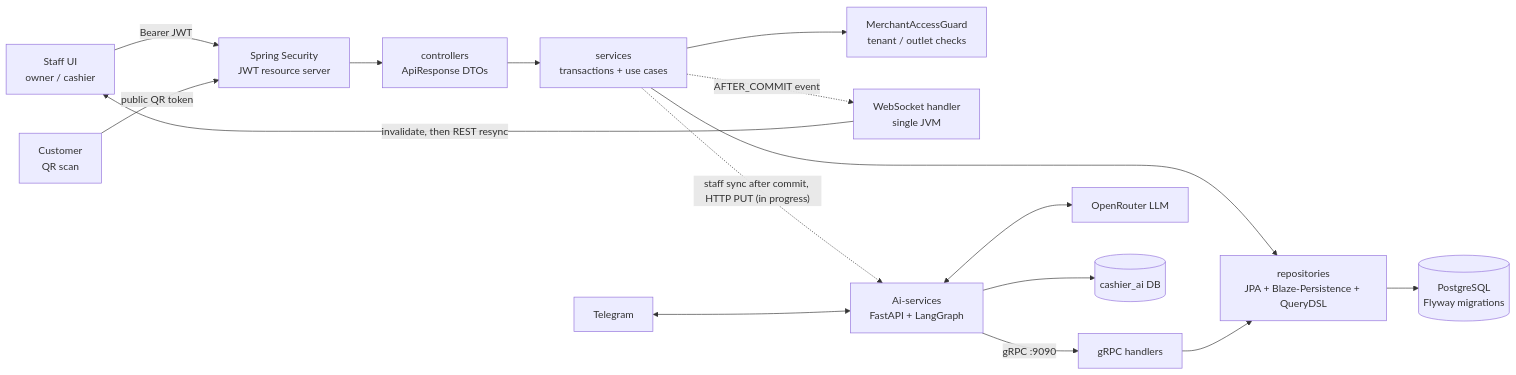
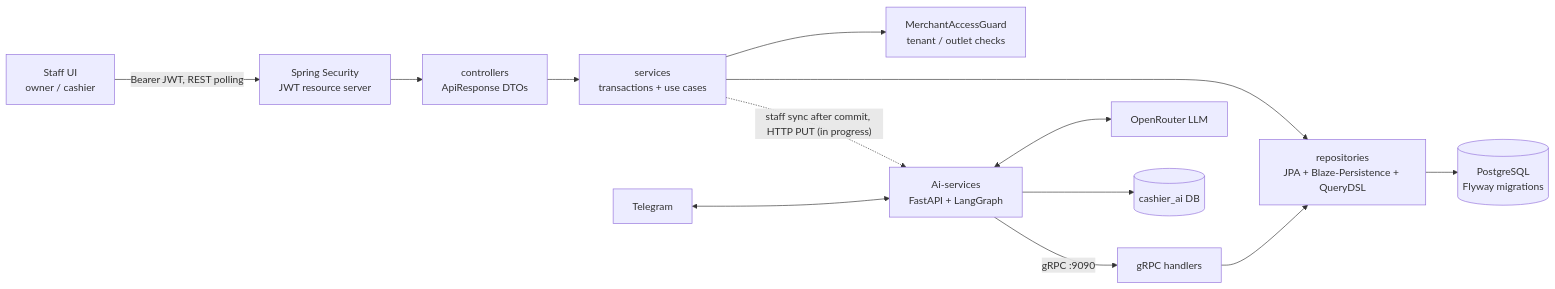
The first of 2 diagrams in README.md (finnn789/cashier-saas), drawn with Mermaid before and after one commit. The commit also changed other lines of this file and 56 other files, not shown here.

````diff
--- a/README.md
+++ b/README.md
@@ -34,18 +30,15 @@
 ```mermaid
 flowchart LR
-    Staff["Staff UI<br/>owner / cashier"] -->|Bearer JWT| Sec
-    Guest["Customer<br/>QR scan"] -->|public QR token| Sec
+    Staff["Staff UI<br/>owner / cashier"] -->|"Bearer JWT, REST polling"| Sec
     Sec["Spring Security<br/>JWT resource server"] --> Ctl["controllers<br/>ApiResponse DTOs"]
     Ctl --> Svc["services<br/>transactions + use cases"]
     Svc --> Guard["MerchantAccessGuard<br/>tenant / outlet checks"]
     Svc --> Repo["repositories<br/>JPA + Blaze-Persistence + QueryDSL"]
     Repo --> DB[("PostgreSQL<br/>Flyway migrations")]
-    Svc -. "AFTER_COMMIT event" .-> WS["WebSocket handler<br/>single JVM"]
-    WS -->|"invalidate, then REST resync"| Staff
     AI["Ai-services<br/>FastAPI + LangGraph"] -->|"gRPC :9090"| GRPC["gRPC handlers"]
     GRPC --> Repo
     Svc -. "staff sync after commit, HTTP PUT (in progress)" .-> AI
     Tg[Telegram] <--> AI
     AI <--> OR["OpenRouter LLM"]
     AI --> AIDB[("cashier_ai DB")]
 ```
````
